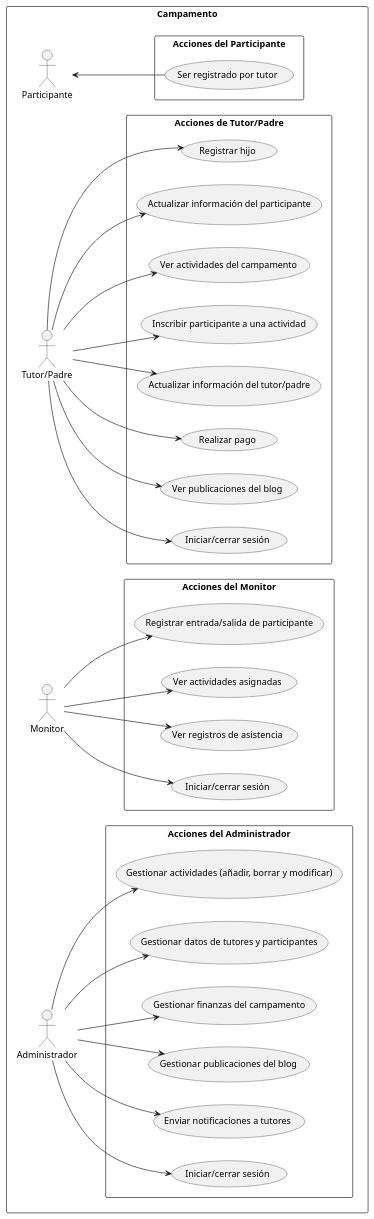
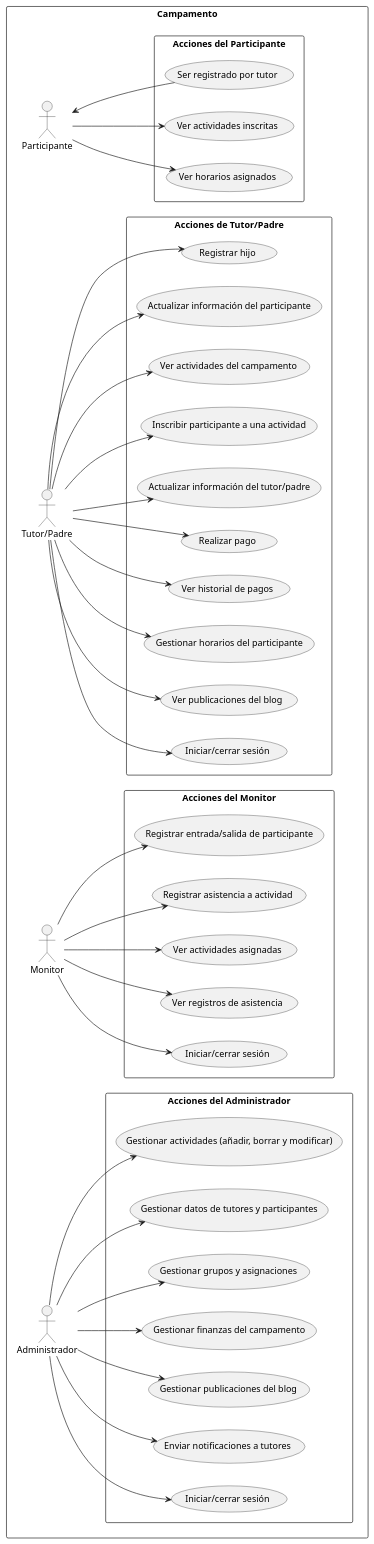
One commit to DCV05/Proyecto-Integrador changed the diagram in documentacion/casos_uso.plantuml. Above: the diagram before and after it, drawn with PlantUML. The commit also changed 16 other files, not shown here.

```diff
--- a/documentacion/casos_uso.plantuml
+++ b/documentacion/casos_uso.plantuml
@@ -1,60 +1,72 @@
 @startuml Campamento
 left to right direction
 
 rectangle "Campamento" { 
     actor "Participante" as Participante
     actor "Tutor/Padre" as TutorPadre
     actor "Monitor" as Monitor
     actor "Administrador" as Admin
 
     rectangle "Acciones de Tutor/Padre" {
         usecase "Registrar hijo" as UC1
         usecase "Actualizar información del participante" as UC2
         usecase "Ver actividades del campamento" as UC3
         usecase "Inscribir participante a una actividad" as UC4
         usecase "Actualizar información del tutor/padre" as UC5
         usecase "Realizar pago" as UC6
+        usecase "Ver historial de pagos" as UC6b
+        usecase "Gestionar horarios del participante" as UC6c
         usecase "Ver publicaciones del blog" as UC7
         usecase "Iniciar/cerrar sesión" as UC8
         TutorPadre --> UC1
         TutorPadre --> UC2
         TutorPadre --> UC3
         TutorPadre --> UC4
         TutorPadre --> UC5
         TutorPadre --> UC6
+        TutorPadre --> UC6b
+        TutorPadre --> UC6c
         TutorPadre --> UC7
         TutorPadre --> UC8
     }
 
     rectangle "Acciones del Monitor" {
         usecase "Registrar entrada/salida de participante" as UC9
+        usecase "Registrar asistencia a actividad" as UC9b
         usecase "Ver actividades asignadas" as UC10
         usecase "Ver registros de asistencia" as UC11
         usecase "Iniciar/cerrar sesión" as UC12
         Monitor --> UC9
+        Monitor --> UC9b
         Monitor --> UC10
         Monitor --> UC11
         Monitor --> UC12
     }
 
     rectangle "Acciones del Administrador" {
         usecase "Gestionar actividades (añadir, borrar y modificar)" as UC13
         usecase "Gestionar datos de tutores y participantes" as UC14
+        usecase "Gestionar grupos y asignaciones" as UC14b
         usecase "Gestionar finanzas del campamento" as UC15
         usecase "Gestionar publicaciones del blog" as UC16
         usecase "Enviar notificaciones a tutores" as UC17
         usecase "Iniciar/cerrar sesión" as UC18
         Admin --> UC13
         Admin --> UC14
+        Admin --> UC14b
         Admin --> UC15
         Admin --> UC16
         Admin --> UC17
         Admin --> UC18
     }
 
     rectangle "Acciones del Participante" {
         usecase "Ser registrado por tutor" as UC19
+        usecase "Ver actividades inscritas" as UC19b
+        usecase "Ver horarios asignados" as UC19c
         Participante <-- UC19
+        Participante --> UC19b
+        Participante --> UC19c
     }
 }
 @enduml
```
